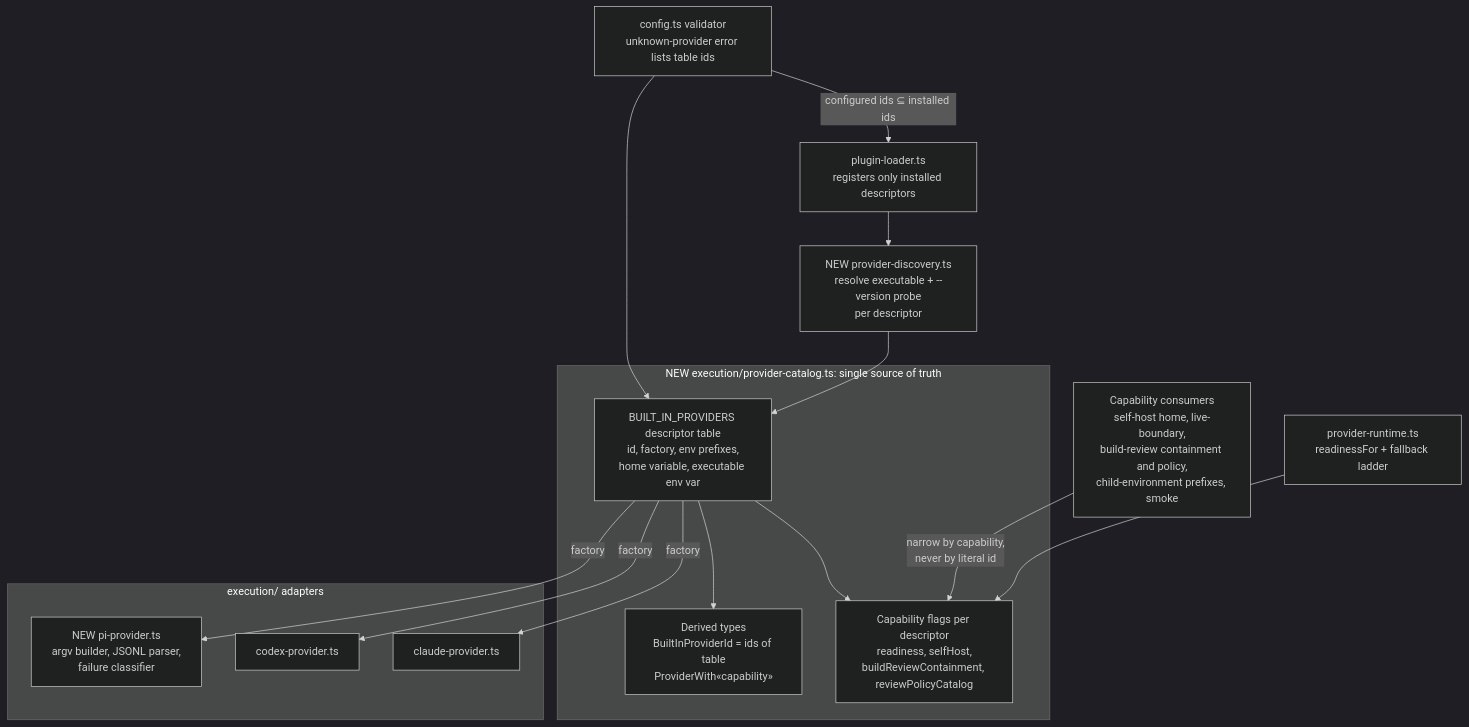
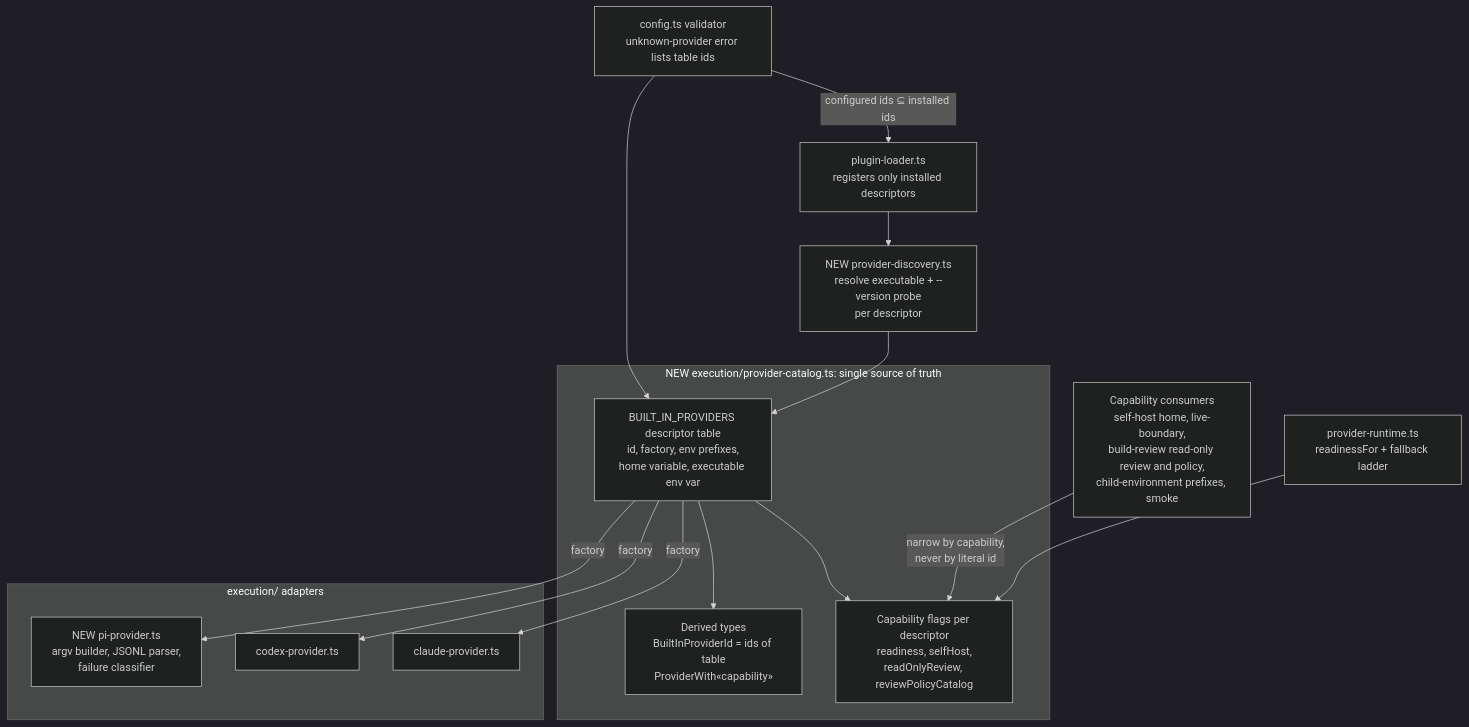
One commit to jstoup111/ai-conductor changed the third of 5 diagrams in .docs/architecture/pi-as-a-build-provider.md. Above: the diagram before and after it, drawn with Mermaid (dark theme). The commit also changed other lines of this file and 9 other files, not shown here.

First line of the commit message:
docs: align Pi spec and shipped stories with #2735 read-only review mode (#2742)

````diff
--- a/.docs/architecture/pi-as-a-build-provider.md
+++ b/.docs/architecture/pi-as-a-build-provider.md
@@ -66,32 +66,32 @@
 ```mermaid
 graph TD
     subgraph catalog["NEW execution/provider-catalog.ts: single source of truth"]
         Table["BUILT_IN_PROVIDERS descriptor table<br/>id, factory, env prefixes,<br/>home variable, executable env var"]
-        Caps["Capability flags per descriptor<br/>readiness, selfHost,<br/>buildReviewContainment, reviewPolicyCatalog"]
+        Caps["Capability flags per descriptor<br/>readiness, selfHost,<br/>readOnlyReview, reviewPolicyCatalog"]
         Types["Derived types<br/>BuiltInProviderId = ids of table<br/>ProviderWith«capability»"]
         Table --> Caps
         Table --> Types
     end
 
     subgraph adapters["execution/ adapters"]
         CP["claude-provider.ts"]
         XP["codex-provider.ts"]
         PP["NEW pi-provider.ts<br/>argv builder, JSONL parser,<br/>failure classifier"]
     end
 
     Discovery["NEW provider-discovery.ts<br/>resolve executable + --version probe<br/>per descriptor"]
     Loader["plugin-loader.ts<br/>registers only installed descriptors"]
     Validator["config.ts validator<br/>unknown-provider error lists table ids"]
-    Consumers["Capability consumers<br/>self-host home, live-boundary,<br/>build-review containment and policy,<br/>child-environment prefixes, smoke"]
+    Consumers["Capability consumers<br/>self-host home, live-boundary,<br/>build-review read-only review and policy,<br/>child-environment prefixes, smoke"]
     RT["provider-runtime.ts<br/>readinessFor + fallback ladder"]
 
     Table -->|"factory"| CP
     Table -->|"factory"| XP
     Table -->|"factory"| PP
     Discovery --> Table
     Loader --> Discovery
     Validator -->|"configured ids ⊆ installed ids"| Loader
     Validator --> Table
     Consumers -->|"narrow by capability,<br/>never by literal id"| Caps
     RT --> Caps
 ```
````
